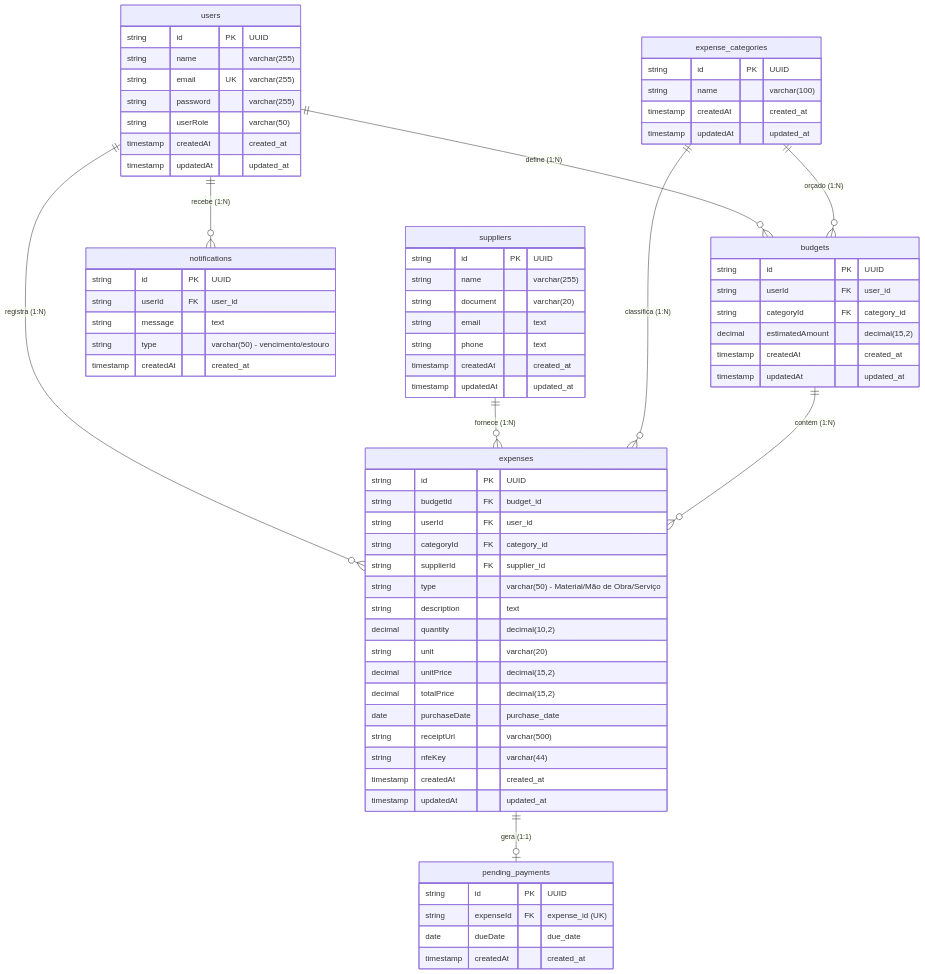
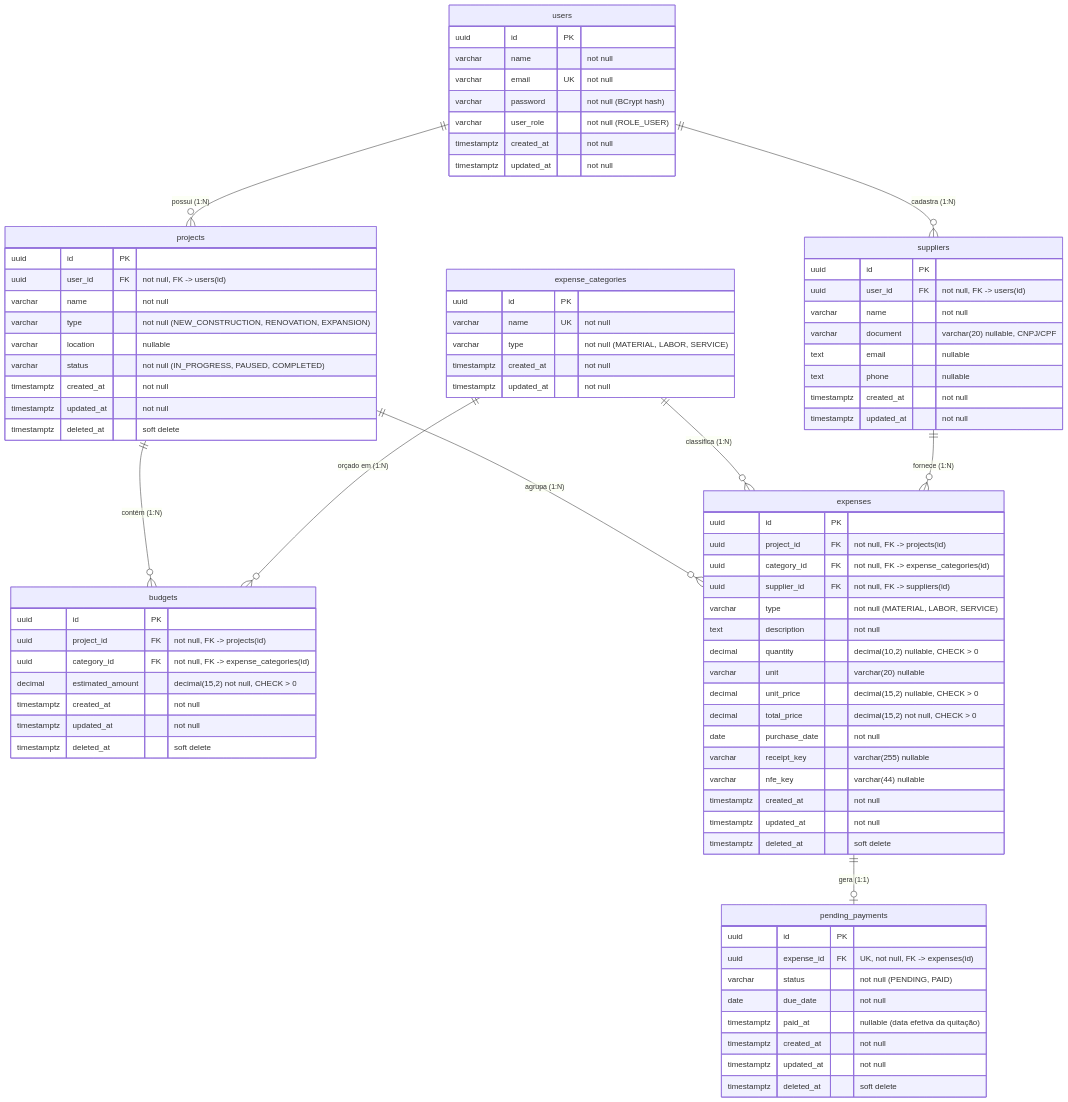
Before and after one commit to utfpr-gp/obra-certa: the second of 2 diagrams in docs/architecture.md, drawn with Mermaid. The commit also changed other lines of this file and 76 other files, not shown here.

````diff
--- a/docs/architecture.md
+++ b/docs/architecture.md
@@ -95,81 +130,95 @@
 ```mermaid
 erDiagram
-    users ||--o{ expenses : "registra (1:N)"
-    users ||--o{ budgets : "define (1:N)"
-    users ||--o{ notifications : "recebe (1:N)"
+    users ||--o{ projects : "possui (1:N)"
+    users ||--o{ suppliers : "cadastra (1:N)"
+    
+    projects ||--o{ budgets : "contém (1:N)"
+    projects ||--o{ expenses : "agrupa (1:N)"
+    
+    expense_categories ||--o{ budgets : "orçado em (1:N)"
+    expense_categories ||--o{ expenses : "classifica (1:N)"
+    
     suppliers ||--o{ expenses : "fornece (1:N)"
-    expense_categories ||--o{ expenses : "classifica (1:N)"
-    expense_categories ||--o{ budgets : "orçado (1:N)"
-    budgets ||--o{ expenses : "contém (1:N)"
     expenses ||--o| pending_payments : "gera (1:1)"
 
     users {
-        string id PK "UUID"
-        string name "varchar(255)"
-        string email UK "varchar(255)"
-        string password "varchar(255)"
-        string userRole "varchar(50)"
-        timestamp createdAt "created_at"
-        timestamp updatedAt "updated_at"
+        uuid id PK
+        varchar name "not null"
+        varchar email UK "not null"
+        varchar password "not null (BCrypt hash)"
+        varchar user_role "not null (ROLE_USER)"
+        timestamptz created_at "not null"
+        timestamptz updated_at "not null"
+    }
+
+    projects {
+        uuid id PK
+        uuid user_id FK "not null, FK -> users(id)"
+        varchar name "not null"
+        varchar type "not null (NEW_CONSTRUCTION, RENOVATION, EXPANSION)"
+        varchar location "nullable"
+        varchar status "not null (IN_PROGRESS, PAUSED, COMPLETED)"
+        timestamptz created_at "not null"
+        timestamptz updated_at "not null"
+        timestamptz deleted_at "soft delete"
+    }
+
+    expense_categories {
+        uuid id PK
+        varchar name UK "not null"
+        varchar type "not null (MATERIAL, LABOR, SERVICE)"
+        timestamptz created_at "not null"
+        timestamptz updated_at "not null"
+    }
+
+    budgets {
+        uuid id PK
+        uuid project_id FK "not null, FK -> projects(id)"
+        uuid category_id FK "not null, FK -> expense_categories(id)"
+        decimal estimated_amount "decimal(15,2) not null, CHECK > 0"
+        timestamptz created_at "not null"
+        timestamptz updated_at "not null"
+        timestamptz deleted_at "soft delete"
     }
 
     suppliers {
-        string id PK "UUID"
-        string name "varchar(255)"
-        string document "varchar(20)"
-        string email "text"
-        string phone "text"
-        timestamp createdAt "created_at"
-        timestamp updatedAt "updated_at"
-    }
-
-    expense_categories {
-        string id PK "UUID"
-        string name "varchar(100)"
-        timestamp createdAt "created_at"
-        timestamp updatedAt "updated_at"
-    }
-
-    budgets {
-        string id PK "UUID"
-        string userId FK "user_id"
-        string categoryId FK "category_id"
-        decimal estimatedAmount "decimal(15,2)"
-        timestamp createdAt "created_at"
-        timestamp updatedAt "updated_at"
+        uuid id PK
+        uuid user_id FK "not null, FK -> users(id)"
+        varchar name "not null"
+        varchar document "varchar(20) nullable, CNPJ/CPF"
+        text email "nullable"
+        text phone "nullable"
+        timestamptz created_at "not null"
+        timestamptz updated_at "not null"
     }
 
     expenses {
-        string id PK "UUID"
-        string budgetId FK "budget_id"
-        string userId FK "user_id"
-        string categoryId FK "category_id"
-        string supplierId FK "supplier_id"
-        string type "varchar(50) - Material/Mão de Obra/Serviço"
-        string description "text"
-        decimal quantity "decimal(10,2)"
-        string unit "varchar(20)"
-        decimal unitPrice "decimal(15,2)"
-        decimal totalPrice "decimal(15,2)"
-        date purchaseDate "purchase_date"
-        string receiptUrl "varchar(500)"
-        string nfeKey "varchar(44)"
-        timestamp createdAt "created_at"
-        timestamp updatedAt "updated_at"
+        uuid id PK
+        uuid project_id FK "not null, FK -> projects(id)"
+        uuid category_id FK "not null, FK -> expense_categories(id)"
+        uuid supplier_id FK "not null, FK -> suppliers(id)"
+        varchar type "not null (MATERIAL, LABOR, SERVICE)"
+        text description "not null"
+        decimal quantity "decimal(10,2) nullable, CHECK > 0"
+        varchar unit "varchar(20) nullable"
+        decimal unit_price "decimal(15,2) nullable, CHECK > 0"
+        decimal total_price "decimal(15,2) not null, CHECK > 0"
+        date purchase_date "not null"
+        varchar receipt_key "varchar(255) nullable"
+        varchar nfe_key "varchar(44) nullable"
+        timestamptz created_at "not null"
+        timestamptz updated_at "not null"
+        timestamptz deleted_at "soft delete"
     }
 
     pending_payments {
-        string id PK "UUID"
-        string expenseId FK "expense_id (UK)"
-        date dueDate "due_date"
-        timestamp createdAt "created_at"
-    }
-
-    notifications {
-        string id PK "UUID"
-        string userId FK "user_id"
-        string message "text"
-        string type "varchar(50) - vencimento/estouro"
-        timestamp createdAt "created_at"
+        uuid id PK
+        uuid expense_id FK "UK, not null, FK -> expenses(id)"
+        varchar status "not null (PENDING, PAID)"
+        date due_date "not null"
+        timestamptz paid_at "nullable (data efetiva da quitação)"
+        timestamptz created_at "not null"
+        timestamptz updated_at "not null"
+        timestamptz deleted_at "soft delete"
     }
 ```
````
